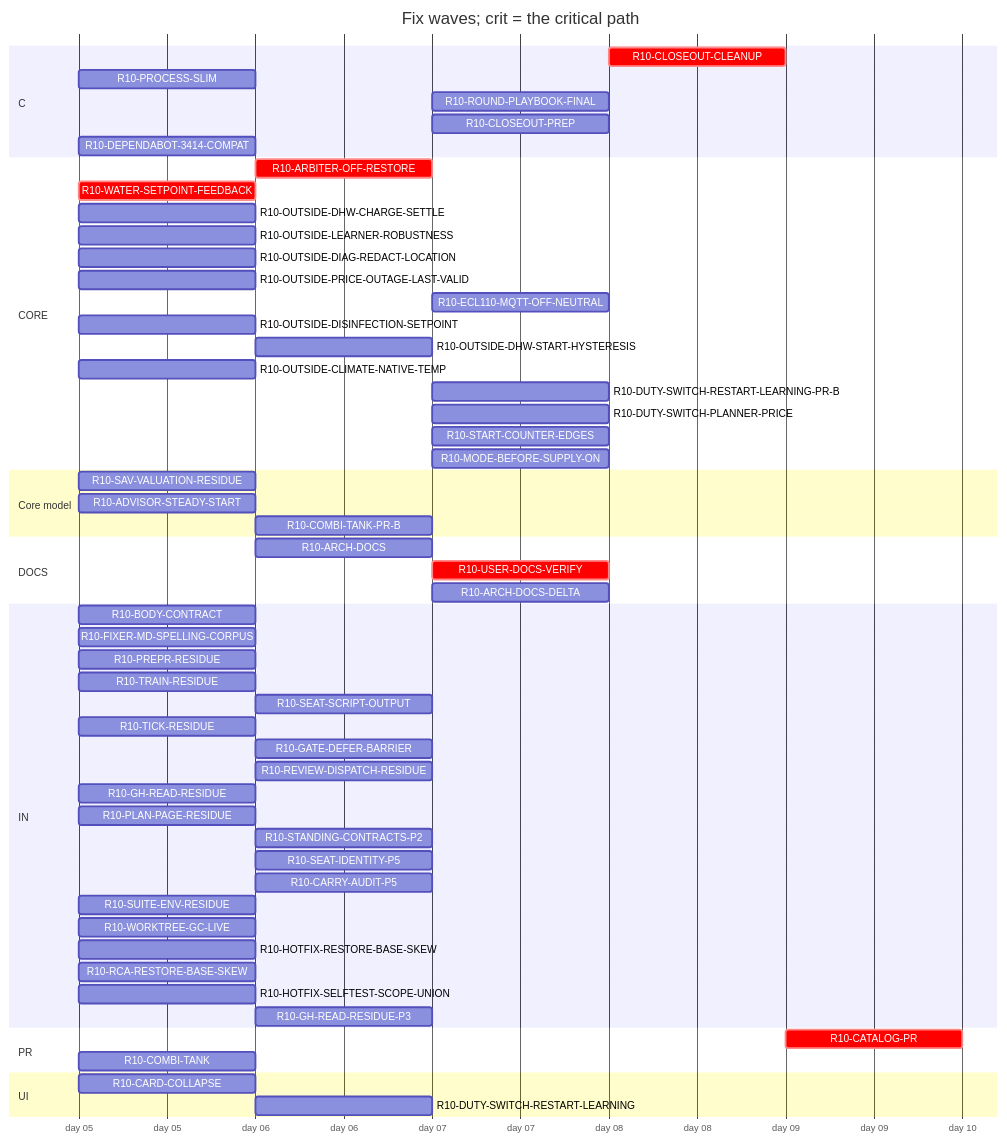
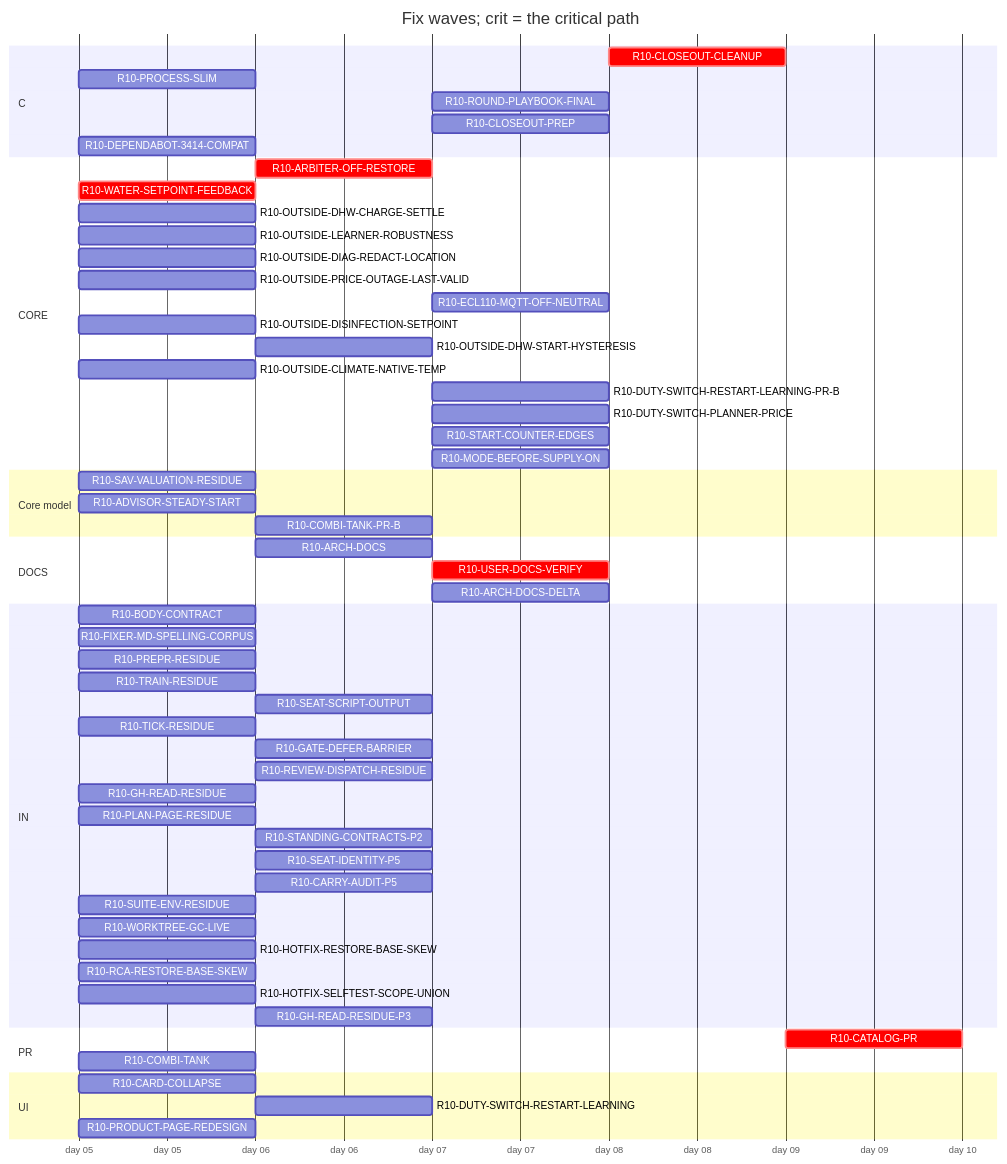
The diagram in handoff/round10/state/PLAN-TABLE.md (tvofi/heatpump_optimizer), drawn with Mermaid before and after one commit. The commit also changed other lines of this file and 4 other files, not shown here.

Commit message:
state: FLOW-BOARD.md, NEXT-SESSION-PROMPT.md, PLAN-TABLE.md, PLAN.html, RESUME-CURRENT.md regenerated (state_docs.py)

````diff
--- a/handoff/round10/state/PLAN-TABLE.md
+++ b/handoff/round10/state/PLAN-TABLE.md
@@ -20,61 +20,62 @@
 ```mermaid
 gantt
   title Fix waves; crit = the critical path
   dateFormat YYYY-MM-DD
   axisFormat day %d
   section C
     R10-CLOSEOUT-CLEANUP :crit, r10CLOSEOUTCLEANUP, after r10ARCHDOCS r10USERDOCSVERIFY r10ROUNDPLAYBOOKFINAL r10CLOSEOUTPREP r10ARCHDOCSDELTA, 1d
     R10-PROCESS-SLIM :r10PROCESSSLIM, 2026-01-05, 1d
     R10-ROUND-PLAYBOOK-FINAL :r10ROUNDPLAYBOOKFINAL, after r10BODYCONTRACT r10PROCESSSLIM r10FIXERMDSPELLINGCORPUS r10PREPRRESIDUE r10SEATSCRIPTOUTPUT r10REVIEWDISPATCHRESIDUE r10CARRYAUDITP5 r10TICKRESIDUE r10SEATIDENTITYP5 r10STANDINGCONTRACTSP2 r10PLANPAGERESIDUE r10TRAINRESIDUE r10GHREADRESIDUE r10SUITEENVRESIDUE r10GATEDEFERBARRIER r10WORKTREEGCLIVE, 1d
     R10-CLOSEOUT-PREP :r10CLOSEOUTPREP, after r10ARCHDOCS r10BODYCONTRACT r10PROCESSSLIM r10FIXERMDSPELLINGCORPUS r10PREPRRESIDUE r10SEATSCRIPTOUTPUT r10REVIEWDISPATCHRESIDUE r10CARRYAUDITP5 r10TICKRESIDUE r10SEATIDENTITYP5 r10STANDINGCONTRACTSP2 r10PLANPAGERESIDUE r10TRAINRESIDUE r10GHREADRESIDUE r10SUITEENVRESIDUE r10GATEDEFERBARRIER r10WORKTREEGCLIVE, 1d
     R10-DEPENDABOT-3414-COMPAT :r10DEPENDABOT3414COMPAT, 2026-01-05, 1d
   section CORE
     R10-ARBITER-OFF-RESTORE :crit, r10ARBITEROFFRESTORE, after r10WATERSETPOINTFEEDBACK, 1d
     R10-WATER-SETPOINT-FEEDBACK :crit, r10WATERSETPOINTFEEDBACK, 2026-01-05, 1d
     R10-OUTSIDE-DHW-CHARGE-SETTLE :r10OUTSIDEDHWCHARGESETTLE, 2026-01-05, 1d
     R10-OUTSIDE-LEARNER-ROBUSTNESS :r10OUTSIDELEARNERROBUSTNESS, 2026-01-05, 1d
     R10-OUTSIDE-DIAG-REDACT-LOCATION :r10OUTSIDEDIAGREDACTLOCATION, 2026-01-05, 1d
     R10-OUTSIDE-PRICE-OUTAGE-LAST-VALID :r10OUTSIDEPRICEOUTAGELASTVALID, 2026-01-05, 1d
     R10-ECL110-MQTT-OFF-NEUTRAL :r10ECL110MQTTOFFNEUTRAL, after r10ARBITEROFFRESTORE, 1d
     R10-OUTSIDE-DISINFECTION-SETPOINT :r10OUTSIDEDISINFECTIONSETPOINT, 2026-01-05, 1d
     R10-OUTSIDE-DHW-START-HYSTERESIS :r10OUTSIDEDHWSTARTHYSTERESIS, after r10OUTSIDEDISINFECTIONSETPOINT, 1d
     R10-OUTSIDE-CLIMATE-NATIVE-TEMP :r10OUTSIDECLIMATENATIVETEMP, 2026-01-05, 1d
     R10-DUTY-SWITCH-RESTART-LEARNING-PR-B :r10DUTYSWITCHRESTARTLEARNINGPRB, after r10DUTYSWITCHRESTARTLEARNING, 1d
     R10-DUTY-SWITCH-PLANNER-PRICE :r10DUTYSWITCHPLANNERPRICE, after r10DUTYSWITCHRESTARTLEARNING, 1d
     R10-START-COUNTER-EDGES :r10STARTCOUNTEREDGES, after r10DUTYSWITCHRESTARTLEARNING, 1d
     R10-MODE-BEFORE-SUPPLY-ON :r10MODEBEFORESUPPLYON, after r10DUTYSWITCHRESTARTLEARNING, 1d
   section Core model
     R10-SAV-VALUATION-RESIDUE :r10SAVVALUATIONRESIDUE, 2026-01-05, 1d
     R10-ADVISOR-STEADY-START :r10ADVISORSTEADYSTART, 2026-01-05, 1d
     R10-COMBI-TANK-PR-B :r10COMBITANKPRB, after r10COMBITANK, 1d
   section DOCS
     R10-ARCH-DOCS :r10ARCHDOCS, after r10BODYCONTRACT r10PROCESSSLIM, 1d
-    R10-USER-DOCS-VERIFY :crit, r10USERDOCSVERIFY, after r10ARBITEROFFRESTORE r10COMBITANK, 1d
+    R10-USER-DOCS-VERIFY :crit, r10USERDOCSVERIFY, after r10ARBITEROFFRESTORE r10COMBITANK r10PRODUCTPAGEREDESIGN, 1d
     R10-ARCH-DOCS-DELTA :r10ARCHDOCSDELTA, after r10ARCHDOCS r10ARBITEROFFRESTORE r10COMBITANK r10SAVVALUATIONRESIDUE r10ADVISORSTEADYSTART r10COMBITANKPRB, 1d
   section IN
     R10-BODY-CONTRACT :r10BODYCONTRACT, 2026-01-05, 1d
     R10-FIXER-MD-SPELLING-CORPUS :r10FIXERMDSPELLINGCORPUS, 2026-01-05, 1d
     R10-PREPR-RESIDUE :r10PREPRRESIDUE, 2026-01-05, 1d
     R10-TRAIN-RESIDUE :r10TRAINRESIDUE, 2026-01-05, 1d
     R10-SEAT-SCRIPT-OUTPUT :r10SEATSCRIPTOUTPUT, after r10TRAINRESIDUE, 1d
     R10-TICK-RESIDUE :r10TICKRESIDUE, 2026-01-05, 1d
     R10-GATE-DEFER-BARRIER :r10GATEDEFERBARRIER, after r10TRAINRESIDUE r10TICKRESIDUE, 1d
     R10-REVIEW-DISPATCH-RESIDUE :r10REVIEWDISPATCHRESIDUE, after r10PROCESSSLIM, 1d
     R10-GH-READ-RESIDUE :r10GHREADRESIDUE, 2026-01-05, 1d
     R10-PLAN-PAGE-RESIDUE :r10PLANPAGERESIDUE, 2026-01-05, 1d
     R10-STANDING-CONTRACTS-P2 :r10STANDINGCONTRACTSP2, after r10FIXERMDSPELLINGCORPUS, 1d
     R10-SEAT-IDENTITY-P5 :r10SEATIDENTITYP5, after r10TICKRESIDUE, 1d
     R10-CARRY-AUDIT-P5 :r10CARRYAUDITP5, after r10BODYCONTRACT, 1d
     R10-SUITE-ENV-RESIDUE :r10SUITEENVRESIDUE, 2026-01-05, 1d
     R10-WORKTREE-GC-LIVE :r10WORKTREEGCLIVE, 2026-01-05, 1d
     R10-HOTFIX-RESTORE-BASE-SKEW :r10HOTFIXRESTOREBASESKEW, 2026-01-05, 1d
     R10-RCA-RESTORE-BASE-SKEW :r10RCARESTOREBASESKEW, 2026-01-05, 1d
     R10-HOTFIX-SELFTEST-SCOPE-UNION :r10HOTFIXSELFTESTSCOPEUNION, 2026-01-05, 1d
     R10-GH-READ-RESIDUE-P3 :r10GHREADRESIDUEP3, after r10TICKRESIDUE r10GHREADRESIDUE, 1d
   section PR
     R10-CATALOG-PR :crit, r10CATALOGPR, after r10USERDOCSVERIFY r10ARCHDOCS r10ROUNDPLAYBOOKFINAL r10CLOSEOUTCLEANUP r10CLOSEOUTPREP r10ARCHDOCSDELTA, 1d
     R10-COMBI-TANK :r10COMBITANK, 2026-01-05, 1d
   section UI
     R10-CARD-COLLAPSE :r10CARDCOLLAPSE, 2026-01-05, 1d
     R10-DUTY-SWITCH-RESTART-LEARNING :r10DUTYSWITCHRESTARTLEARNING, after r10WATERSETPOINTFEEDBACK, 1d
+    R10-PRODUCT-PAGE-REDESIGN :r10PRODUCTPAGEREDESIGN, 2026-01-05, 1d
 ```
````
